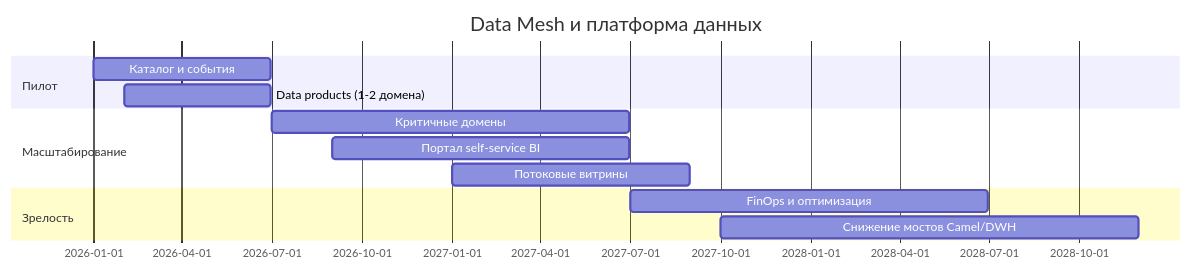
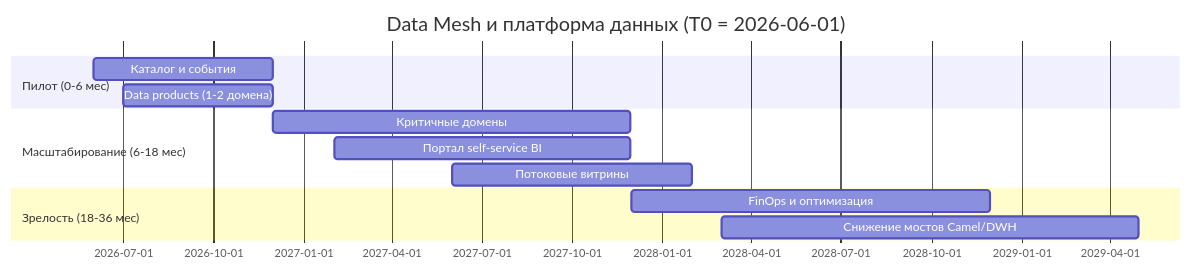
The diagram in Task5Advanced/roadmap.md (MorKaragh/architecture-future_2_0), drawn with Mermaid before and after one commit. The commit also changed other lines of this file and 9 other files, not shown here.

````diff
--- a/Task5Advanced/roadmap.md
+++ b/Task5Advanced/roadmap.md
@@ -52,15 +54,15 @@
 ```mermaid
 gantt
-    title Data Mesh и платформа данных
+    title Data Mesh и платформа данных (T0 = 2026-06-01)
     dateFormat  YYYY-MM-DD
-    section Пилот
-    Каталог и события           :p1, 2026-01-01, 2026-06-30
-    Data products (1-2 домена)  :p2, 2026-02-01, 2026-06-30
-    section Масштабирование
-    Критичные домены            :s1, 2026-07-01, 2027-06-30
-    Портал self-service BI      :s2, 2026-09-01, 2027-06-30
-    Потоковые витрины           :s3, 2027-01-01, 2027-08-31
-    section Зрелость
-    FinOps и оптимизация        :z1, 2027-07-01, 2028-06-30
-    Снижение мостов Camel/DWH   :z2, 2027-10-01, 2028-11-30
+    section Пилот (0-6 мес)
+    Каталог и события           :p1, 2026-06-01, 2026-11-30
+    Data products (1-2 домена)  :p2, 2026-07-01, 2026-11-30
+    section Масштабирование (6-18 мес)
+    Критичные домены            :s1, 2026-12-01, 2027-11-30
+    Портал self-service BI      :s2, 2027-02-01, 2027-11-30
+    Потоковые витрины           :s3, 2027-06-01, 2028-01-31
+    section Зрелость (18-36 мес)
+    FinOps и оптимизация        :z1, 2027-12-01, 2028-11-30
+    Снижение мостов Camel/DWH   :z2, 2028-03-01, 2029-04-30
 ```
````
